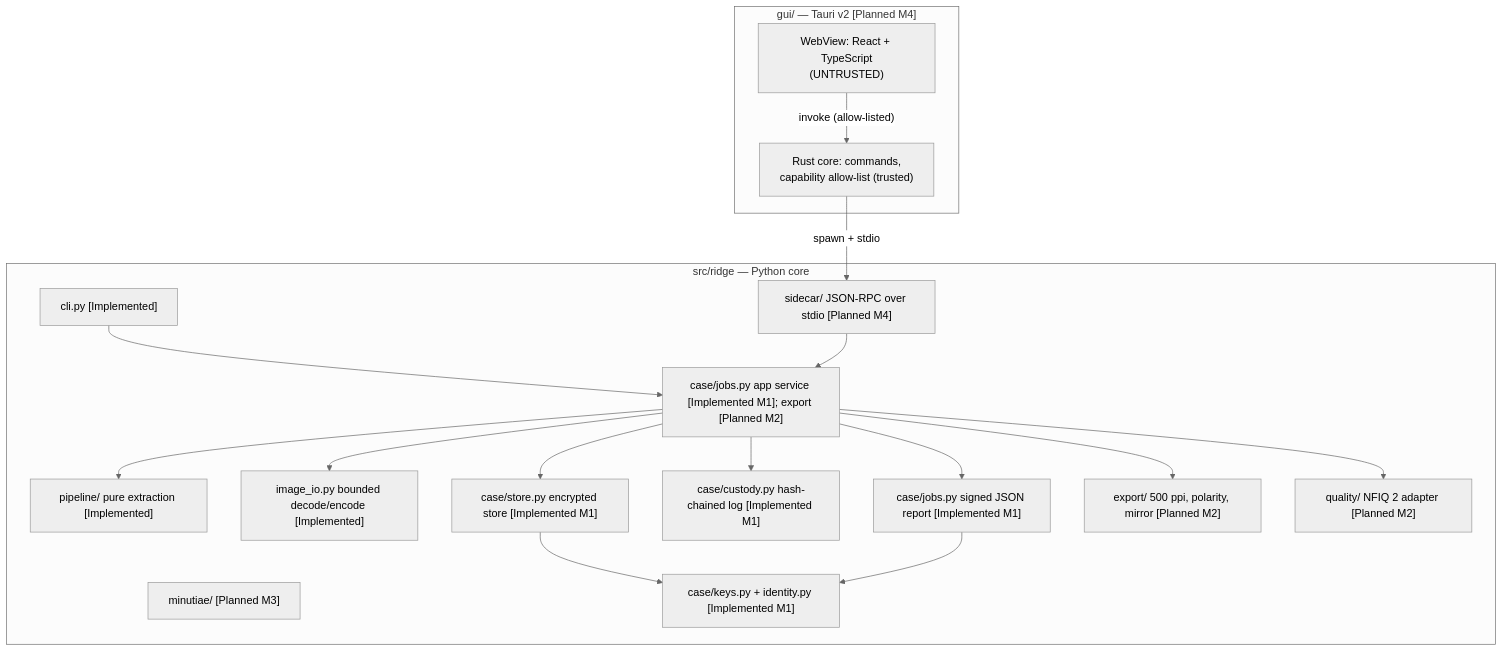
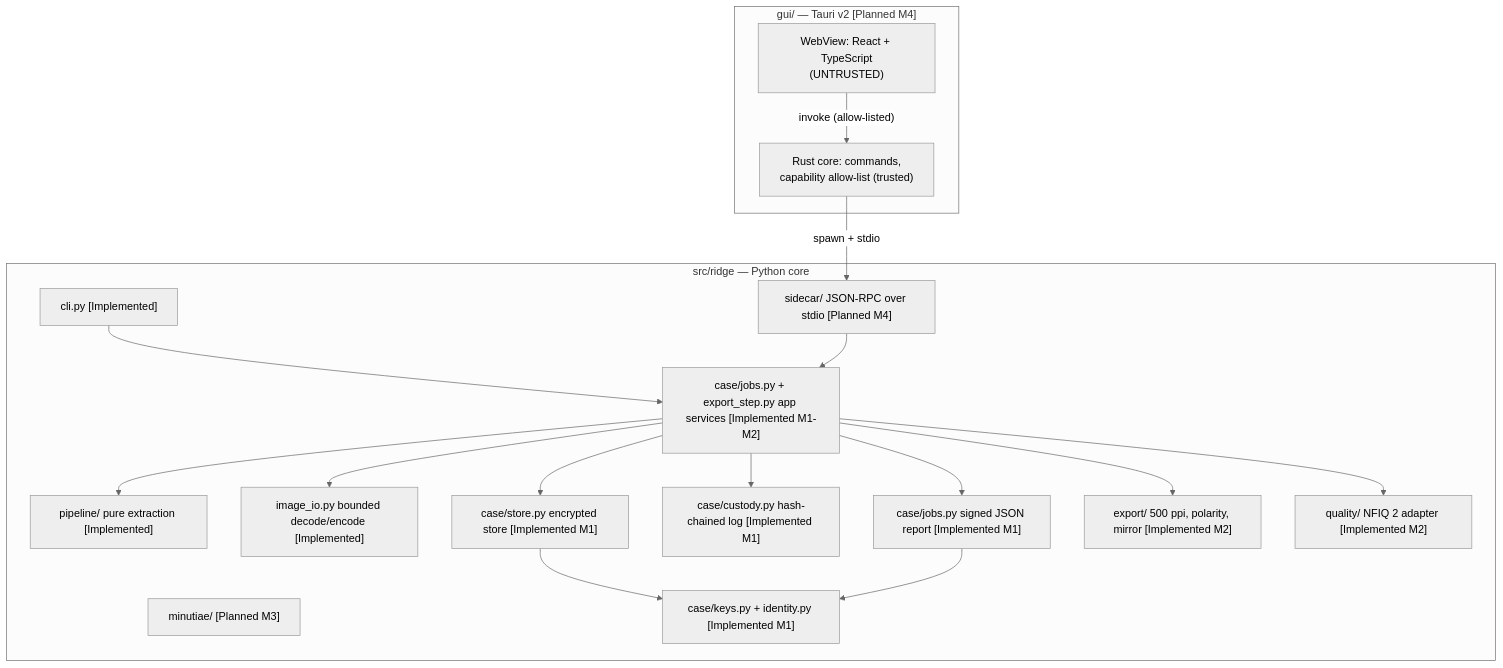
One commit to ZvonkoNS/Ridge changed the second of 4 diagrams in docs/architecture.md. Above: the diagram before and after it, drawn with Mermaid (neutral theme). The commit also changed other lines of this file and 9 other files, not shown here.

First line of the commit message:
M2: comparison exports and indicative NFIQ 2 in ridge-case jobs

````diff
--- a/docs/architecture.md
+++ b/docs/architecture.md
@@ -68,34 +68,34 @@
 ```mermaid
 flowchart TB
   subgraph GUI["gui/ — Tauri v2 [Planned M4]"]
     WV["WebView: React + TypeScript<br/>(UNTRUSTED)"]
     RC["Rust core: commands,<br/>capability allow-list (trusted)"]
   end
   subgraph PY["src/ridge — Python core"]
     CLI["cli.py [Implemented]"]
     SC["sidecar/ JSON-RPC over stdio [Planned M4]"]
-    APP["case/jobs.py app service [Implemented M1]; export [Planned M2]"]
+    APP["case/jobs.py + export_step.py app services [Implemented M1-M2]"]
     PIPE["pipeline/ pure extraction [Implemented]"]
     IO["image_io.py bounded decode/encode [Implemented]"]
     CASE["case/store.py encrypted store [Implemented M1]"]
     CUST["case/custody.py hash-chained log [Implemented M1]"]
     REP["case/jobs.py signed JSON report [Implemented M1]"]
-    EXP["export/ 500 ppi, polarity, mirror [Planned M2]"]
-    QLT["quality/ NFIQ 2 adapter [Planned M2]"]
+    EXP["export/ 500 ppi, polarity, mirror [Implemented M2]"]
+    QLT["quality/ NFIQ 2 adapter [Implemented M2]"]
     MIN["minutiae/ [Planned M3]"]
     KEY["case/keys.py + identity.py [Implemented M1]"]
   end
   WV -- "invoke (allow-listed)" --> RC
   RC -- "spawn + stdio" --> SC
   CLI --> APP
   SC --> APP
   APP --> PIPE
   APP --> IO
   APP --> CASE
   APP --> CUST
   APP --> REP
   APP --> EXP
   APP --> QLT
   CASE --> KEY
   REP --> KEY
 ```
````
